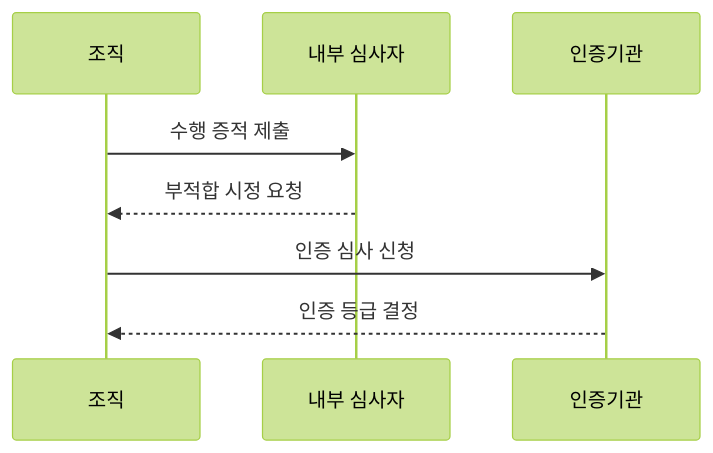
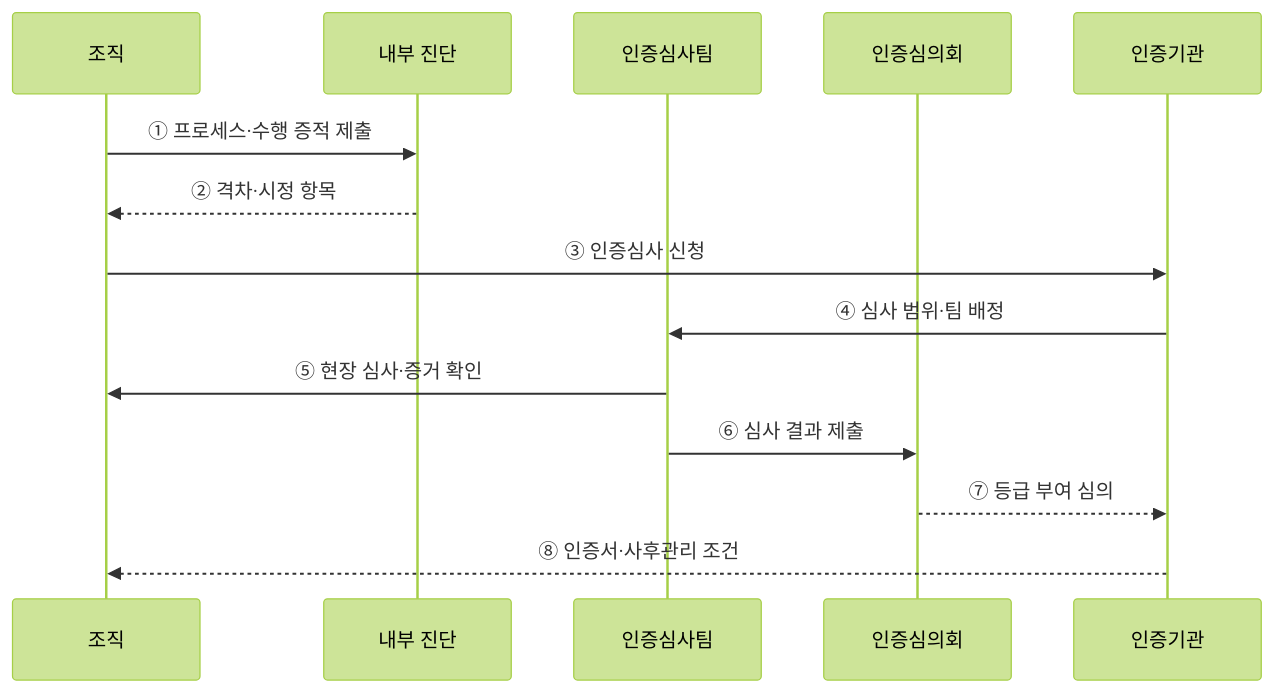
The second of 2 diagrams in src/content/docs/notes/03-software/080_sp_software_process_quality_certification.md (agnusdei1207/knowledge-base), drawn with Mermaid (forest theme) before and after one commit. The commit also changed other lines of this file and 20 other files, not shown here.

````diff
--- a/src/content/docs/notes/03-software/080_sp_software_process_quality_certification.md
+++ b/src/content/docs/notes/03-software/080_sp_software_process_quality_certification.md
@@ -75,10 +71,16 @@
 ```mermaid
 sequenceDiagram
     participant O as 조직
-    participant A as 내부 심사자
-    participant C as 인증기관
-    O->>A: 수행 증적 제출
-    A-->>O: 부적합 시정 요청
-    O->>C: 인증 심사 신청
-    C-->>O: 인증 등급 결정
+    participant D as 내부 진단
+    participant A as 인증심사팀
+    participant C as 인증심의회
+    participant N as 인증기관
+    O->>D: ① 프로세스·수행 증적 제출
+    D-->>O: ② 격차·시정 항목
+    O->>N: ③ 인증심사 신청
+    N->>A: ④ 심사 범위·팀 배정
+    A->>O: ⑤ 현장 심사·증거 확인
+    A->>C: ⑥ 심사 결과 제출
+    C-->>N: ⑦ 등급 부여 심의
+    N-->>O: ⑧ 인증서·사후관리 조건
 ```
````
